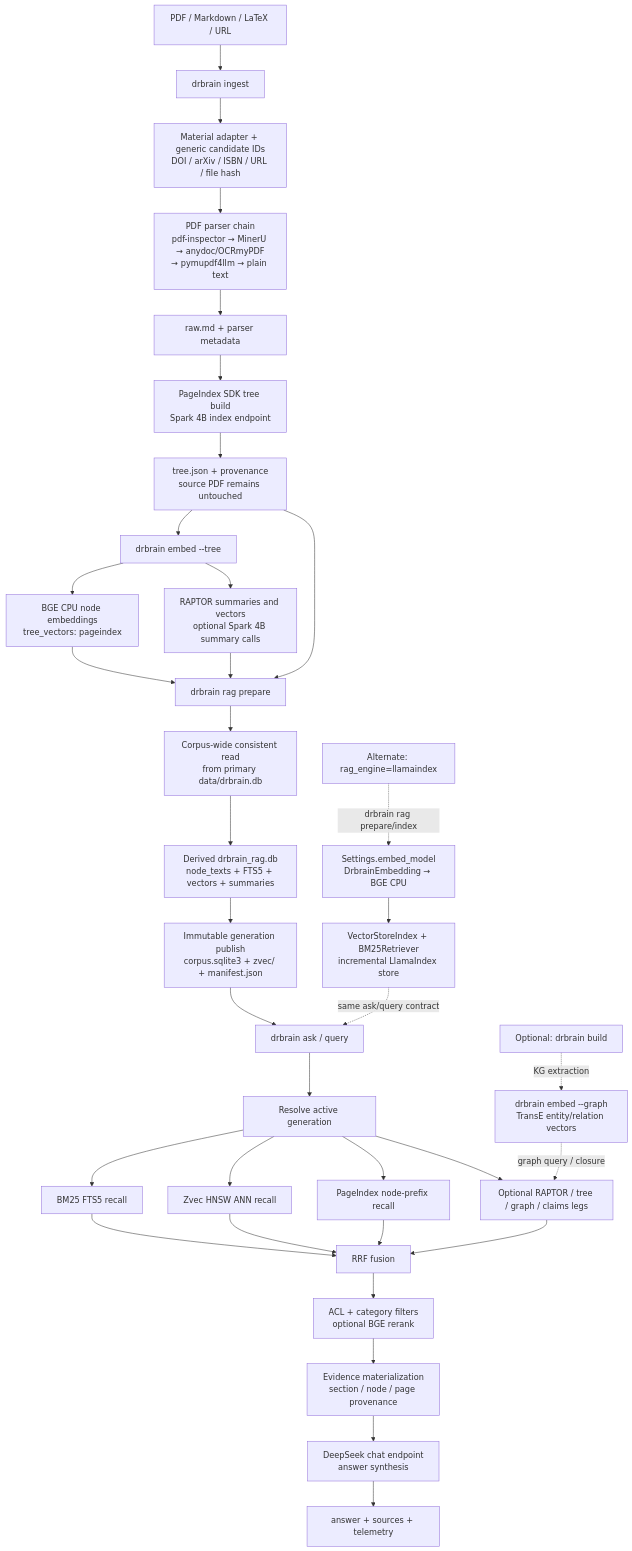
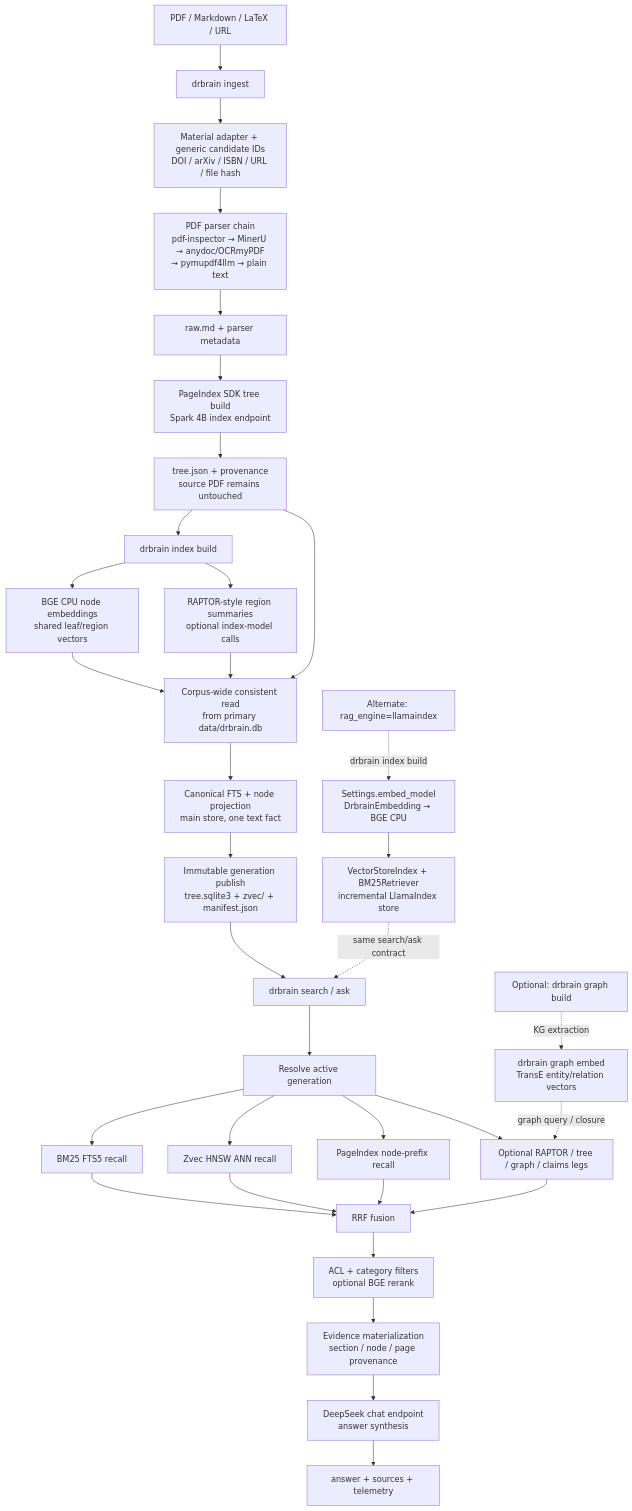
Before and after one commit to UynajGI/drbrain: the diagram in docs/rag-layer-completion.md, drawn with Mermaid. The commit also changed other lines of this file and 17 other files, not shown here.

````diff
--- a/docs/rag-layer-completion.md
+++ b/docs/rag-layer-completion.md
@@ -54,39 +56,38 @@
 ```mermaid
 flowchart TD
     A[PDF / Markdown / LaTeX / URL] --> B[drbrain ingest]
     B --> B1[Material adapter + generic candidate IDs\nDOI / arXiv / ISBN / URL / file hash]
     B1 --> B2[PDF parser chain\npdf-inspector → MinerU → anydoc/OCRmyPDF\n→ pymupdf4llm → plain text]
     B2 --> B3[raw.md + parser metadata]
     B3 --> B4[PageIndex SDK tree build\nSpark 4B index endpoint]
     B4 --> B5[tree.json + provenance\nsource PDF remains untouched]
-    B5 --> C[drbrain embed --tree]
-    C --> C1[BGE CPU node embeddings\ntree_vectors: pageindex]
-    C --> C2[RAPTOR summaries and vectors\noptional Spark 4B summary calls]
-    C1 --> D[drbrain rag prepare]
-    C2 --> D
-    B5 --> D
-    D --> D1[Corpus-wide consistent read\nfrom primary data/drbrain.db]
-    D1 --> D2[Derived drbrain_rag.db\nnode_texts + FTS5 + vectors + summaries]
-    D2 --> D3[Immutable generation publish\ncorpus.sqlite3 + zvec/ + manifest.json]
-    D3 --> E[drbrain ask / query]
+    B5 --> D[drbrain index build]
+    D --> C1[BGE CPU node embeddings\nshared leaf/region vectors]
+    D --> C2[RAPTOR-style region summaries\noptional index-model calls]
+    C1 --> D1[Corpus-wide consistent read\nfrom primary data/drbrain.db]
+    C2 --> D1
+    B5 --> D1
+    D1 --> D2[Canonical FTS + node projection\nmain store, one text fact]
+    D2 --> D3[Immutable generation publish\ntree.sqlite3 + zvec/ + manifest.json]
+    D3 --> E[drbrain search / ask]
     E --> E1[Resolve active generation]
     E1 --> E2[BM25 FTS5 recall]
     E1 --> E3[Zvec HNSW ANN recall]
     E1 --> E4[PageIndex node-prefix recall]
     E1 --> E5[Optional RAPTOR / tree / graph / claims legs]
     E2 --> F[RRF fusion]
     E3 --> F
     E4 --> F
     E5 --> F
     F --> G[ACL + category filters\noptional BGE rerank]
     G --> H[Evidence materialization\nsection / node / page provenance]
     H --> I[DeepSeek chat endpoint\nanswer synthesis]
     I --> J[answer + sources + telemetry]
 
-    K[Optional: drbrain build] -. KG extraction .-> L[drbrain embed --graph\nTransE entity/relation vectors]
+    K[Optional: drbrain graph build] -. KG extraction .-> L[drbrain graph embed\nTransE entity/relation vectors]
     L -. graph query / closure .-> E5
 
-    N[Alternate: rag_engine=llamaindex] -. drbrain rag prepare/index .-> N1[Settings.embed_model\nDrbrainEmbedding → BGE CPU]
+    N[Alternate: rag_engine=llamaindex] -. drbrain index build .-> N1[Settings.embed_model\nDrbrainEmbedding → BGE CPU]
     N1 --> N2[VectorStoreIndex + BM25Retriever\nincremental LlamaIndex store]
-    N2 -. same ask/query contract .-> E
+    N2 -. same search/ask contract .-> E
 ```
````
